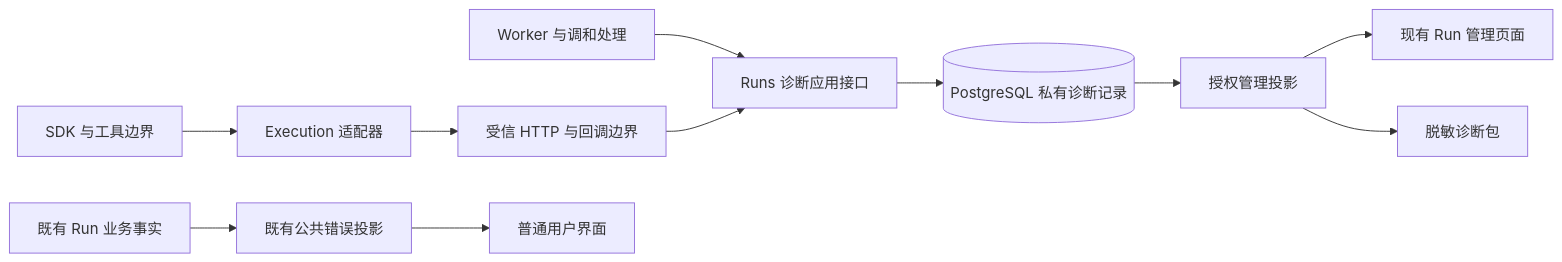
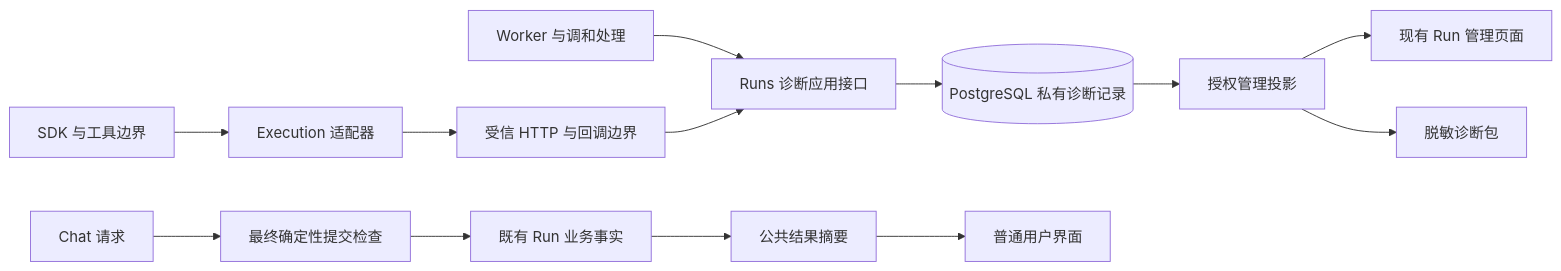
One commit to demonsxxxxxx/ai-platform changed the diagram in docs/implementation/run-diagnostics-design.md. Above: the diagram before and after it, drawn with Mermaid. The commit also changed other lines of this file and 22 other files, not shown here.

````diff
--- a/docs/implementation/run-diagnostics-design.md
+++ b/docs/implementation/run-diagnostics-design.md
@@ -42,13 +43,15 @@
 ```mermaid
 flowchart LR
+    REQ[Chat 请求] --> ADM0[最终确定性提交检查]
+    ADM0 --> RUN[既有 Run 业务事实]
     SDK[SDK 与工具边界] --> EX[Execution 适配器]
     EX --> TR[受信 HTTP 与回调边界]
     WK[Worker 与调和处理] --> API[Runs 诊断应用接口]
     TR --> API
     API --> DB[(PostgreSQL 私有诊断记录)]
     DB --> ADM[授权管理投影]
     ADM --> UI[现有 Run 管理页面]
     ADM --> ZIP[脱敏诊断包]
-    RUN[既有 Run 业务事实] --> PUB[既有公共错误投影]
+    RUN --> PUB[公共结果摘要]
     PUB --> CHAT[普通用户界面]
 ```
````
